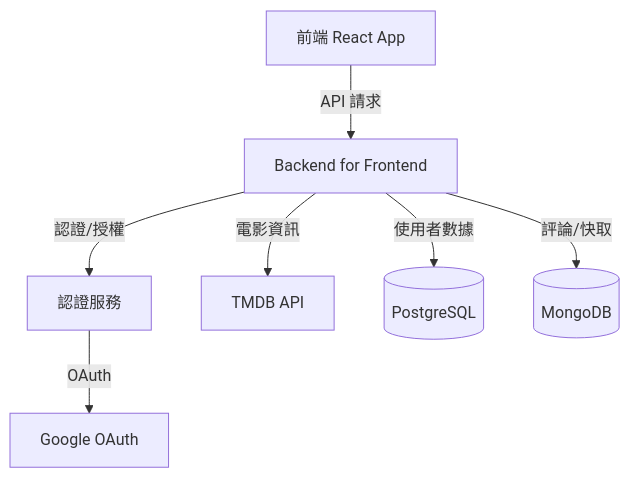
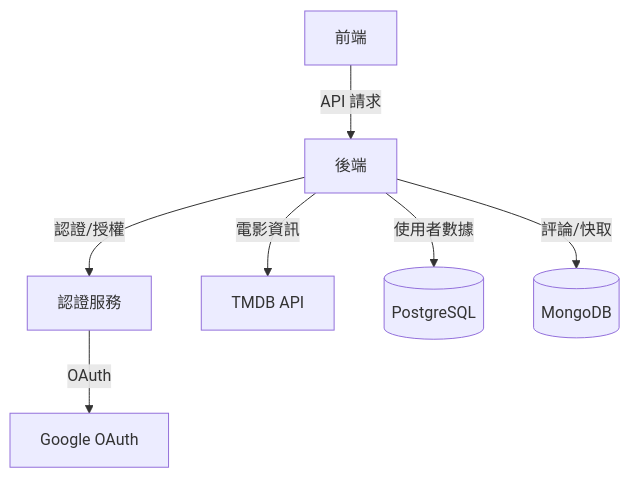
Before and after one commit to poordog777/movie-viewer: the first of 3 diagrams in Architecture.md, drawn with Mermaid. The commit also changed other lines of this file and 1 other file, not shown here.

Commit message:
Refactor architecture documentation and enhance database schema details

````diff
--- a/Architecture.md
+++ b/Architecture.md
@@ -5,9 +5,9 @@
 ```mermaid
 graph TD
-    Client[前端 React App] -->|API 請求| BFF[Backend for Frontend]
+    Client[前端] -->|API 請求| BFF[後端]
     BFF -->|認證/授權| Auth[認證服務]
     BFF -->|電影資訊| TMDB[TMDB API]
     BFF -->|使用者數據| PostgreSQL[(PostgreSQL)]
     BFF -->|評論/快取| MongoDB[(MongoDB)]
     Auth -->|OAuth| Google[Google OAuth]
 ```
````
